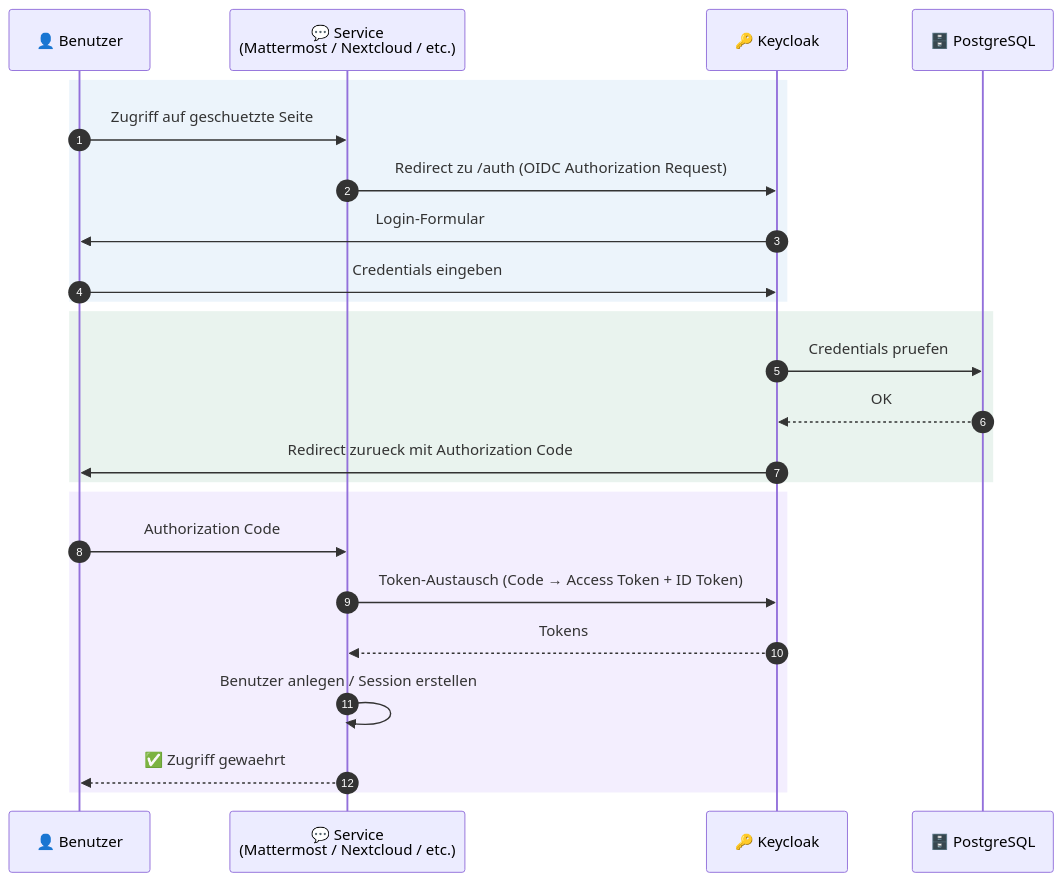
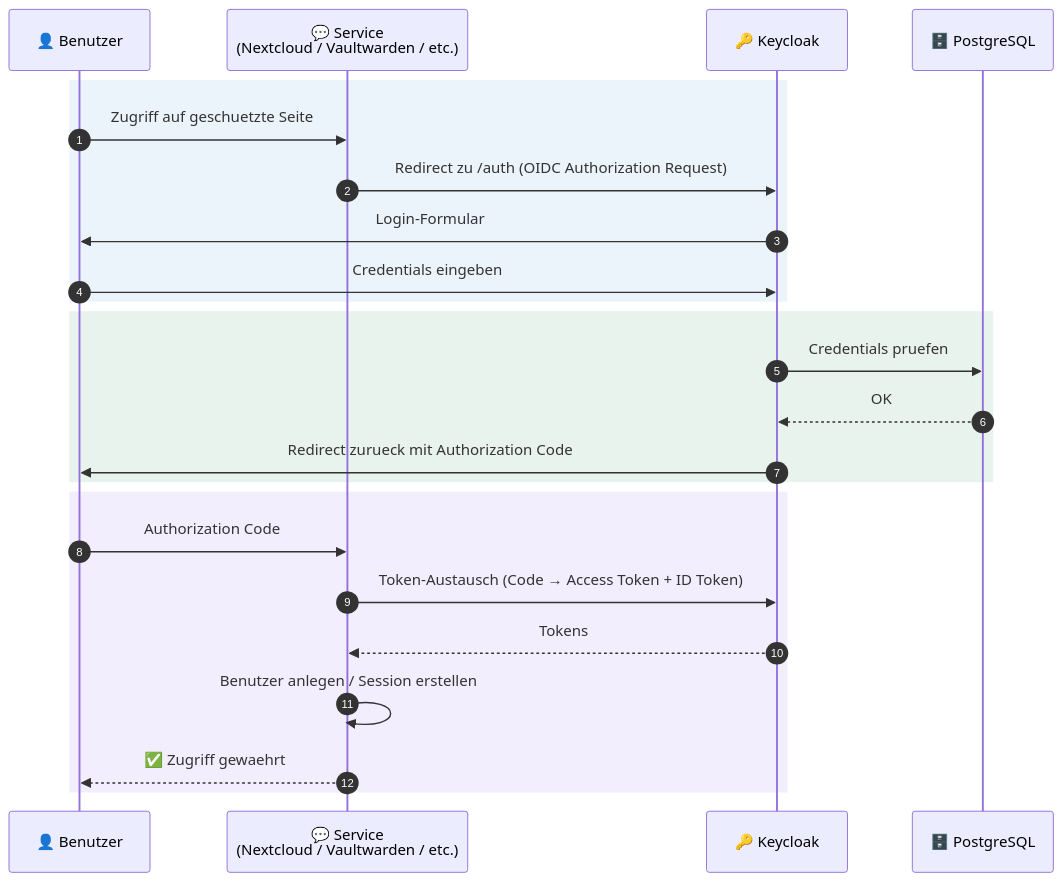
One commit to Paddione/Bachelorprojekt changed the second of 3 diagrams in README.md. Above: the diagram before and after it, drawn with Mermaid. The commit also changed other lines of this file and 53 other files, not shown here.

````diff
--- a/README.md
+++ b/README.md
@@ -143,30 +137,30 @@
 ```mermaid
 sequenceDiagram
     autonumber
 
     participant U as 👤 Benutzer
-    participant S as 💬 Service<br/>(Mattermost / Nextcloud / etc.)
+    participant S as 💬 Service<br/>(Nextcloud / Vaultwarden / etc.)
     participant KC as 🔑 Keycloak
     participant DB as 🗄️ PostgreSQL
 
     rect rgba(74, 144, 217, 0.1)
         U->>S: Zugriff auf geschuetzte Seite
         S->>KC: Redirect zu /auth (OIDC Authorization Request)
         KC->>U: Login-Formular
         U->>KC: Credentials eingeben
     end
 
     rect rgba(45, 134, 89, 0.1)
         KC->>DB: Credentials pruefen
         DB-->>KC: OK
         KC->>U: Redirect zurueck mit Authorization Code
     end
 
     rect rgba(139, 92, 246, 0.1)
         U->>S: Authorization Code
         S->>KC: Token-Austausch (Code → Access Token + ID Token)
         KC-->>S: Tokens
         S->>S: Benutzer anlegen / Session erstellen
         S-->>U: ✅ Zugriff gewaehrt
     end
 ```
````
